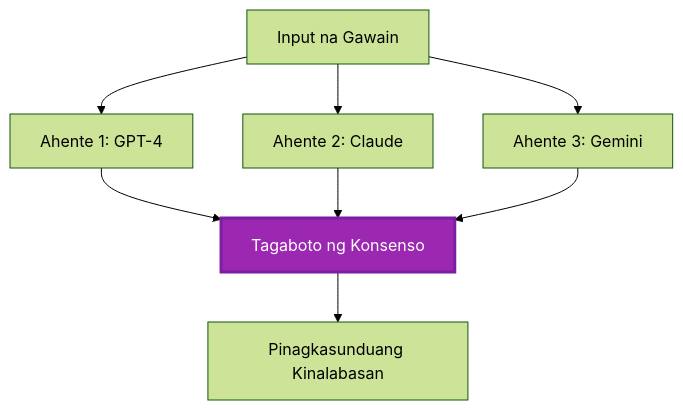
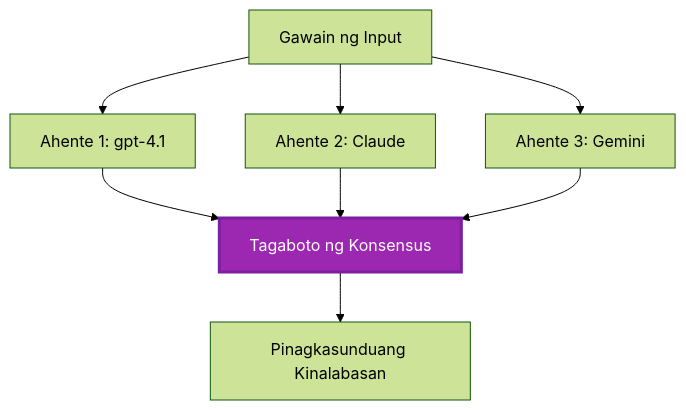
Before and after one commit to microsoft/AZD-for-beginners: the fourth of 5 diagrams in translations/tl/docs/chapter-06-pre-deployment/coordination-patterns.md, drawn with Mermaid (forest theme). The commit also changed other lines of this file and 101 other files, not shown here.

````diff
--- a/translations/tl/docs/chapter-06-pre-deployment/coordination-patterns.md
+++ b/translations/tl/docs/chapter-06-pre-deployment/coordination-patterns.md
@@ -231,19 +225,19 @@
 ```mermaid
 graph TB
-    Input[Input na Gawain]
-    Agent1[Ahente 1: GPT-4]
+    Input[Gawain ng Input]
+    Agent1[Ahente 1: gpt-4.1]
     Agent2[Ahente 2: Claude]
     Agent3[Ahente 3: Gemini]
-    Voter[Tagaboto ng Konsenso]
+    Voter[Tagaboto ng Konsensus]
     Output[Pinagkasunduang Kinalabasan]
     
     Input --> Agent1
     Input --> Agent2
     Input --> Agent3
     Agent1 --> Voter
     Agent2 --> Voter
     Agent3 --> Voter
     Voter --> Output
     
     style Voter fill:#9C27B0,stroke:#7B1FA2,stroke-width:3px,color:#fff
 ```
````
